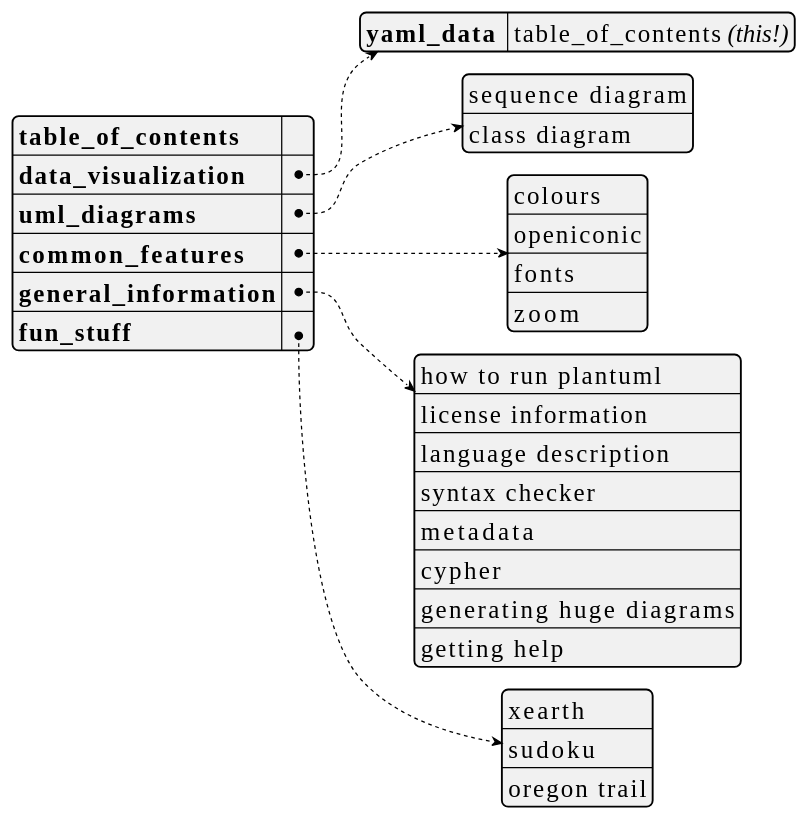
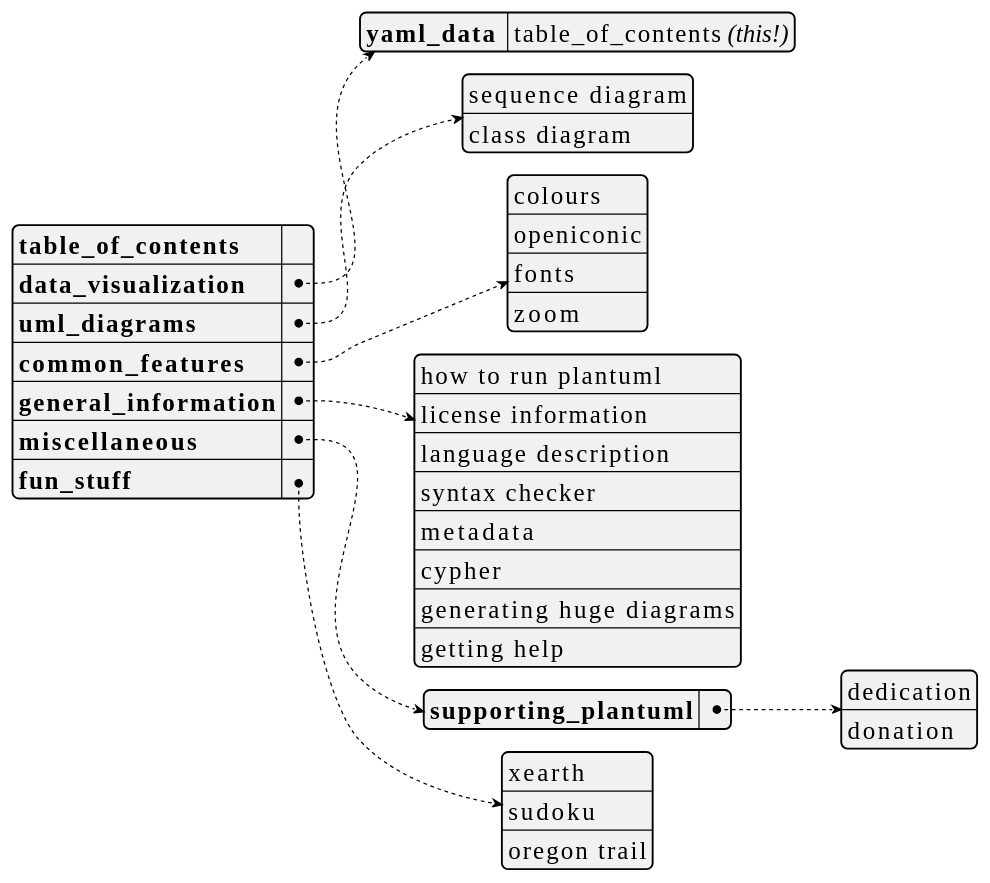
The first of 19 diagrams in plantuml_demo.md (dragondive/heavens-arena), drawn with PlantUML before and after one commit. The commit also changed other lines of this file, not shown here.

Commit message:
added miscellaneous: supporting plantuml

````diff
--- a/plantuml_demo.md
+++ b/plantuml_demo.md
@@ -26,47 +26,51 @@
 ```plantuml
 @startyaml
 <style>
 yamlDiagram {
     node {
         ' use a constant width font because that's what developers do.
         FontName Consolas
         FontSize 20
     }
 }
 </style>
 
 /'TODO:
 It would be cool to hyperlink the entries in the table_of_contents to the
 respective section in the document. Not only would it further accentuate the
 [Medium Awareness](https://tvtropes.org/pmwiki/pmwiki.php/Main/MediumAwareness)
 of this yaml document, but also augment the
 [Anachronic Order](https://tvtropes.org/pmwiki/pmwiki.php/Main/AnachronicOrder)
 of the outer markdown document.
 '/
 
 **table_of_contents**: ""  /' workaround: empty string here to avoid dummy link '/
 data_visualization:
     yaml_data : table_of_contents //(this!)//
 uml_diagrams:
     - sequence diagram
     - class diagram
 common_features:
     - colours
     - openiconic
     - fonts
     - zoom
 general_information:
     - how to run plantuml
     - license information
     - language description
     - syntax checker
     - metadata
     - cypher
     - generating huge diagrams
     - getting help
+miscellaneous:
+    supporting_plantuml:
+        - dedication
+        - donation
 fun_stuff:
     - xearth
     - sudoku
     - oregon trail
 @endyaml
 ```
````
